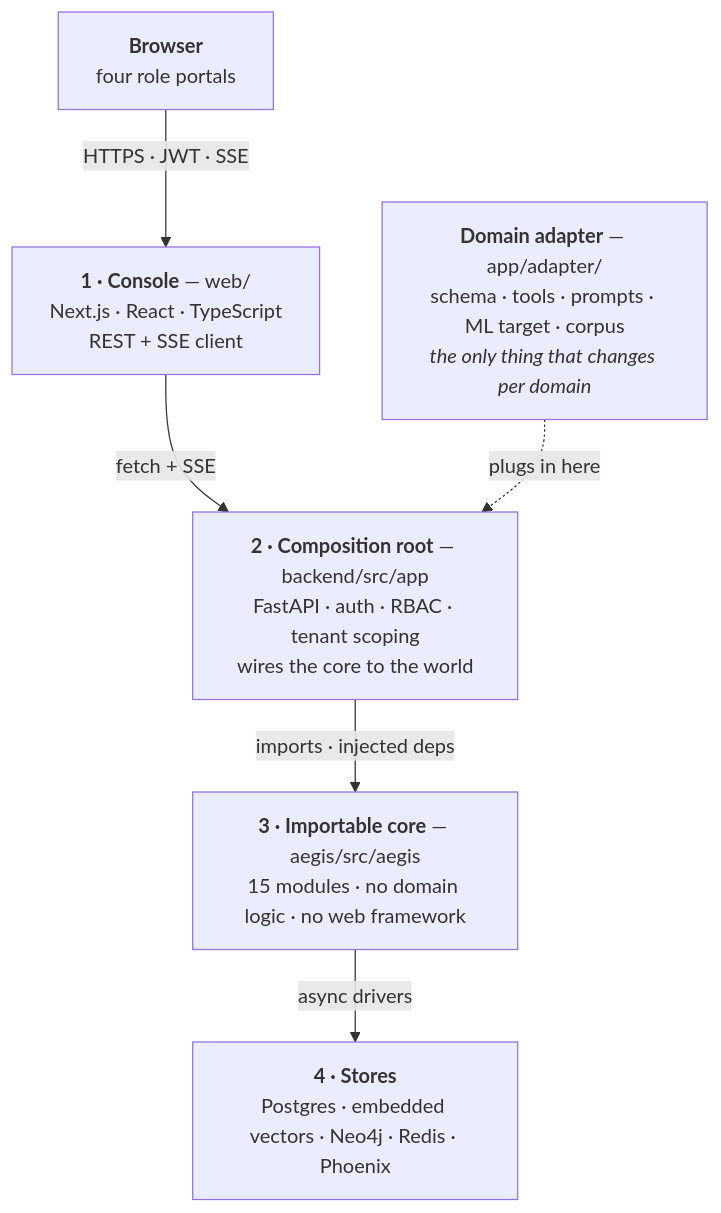
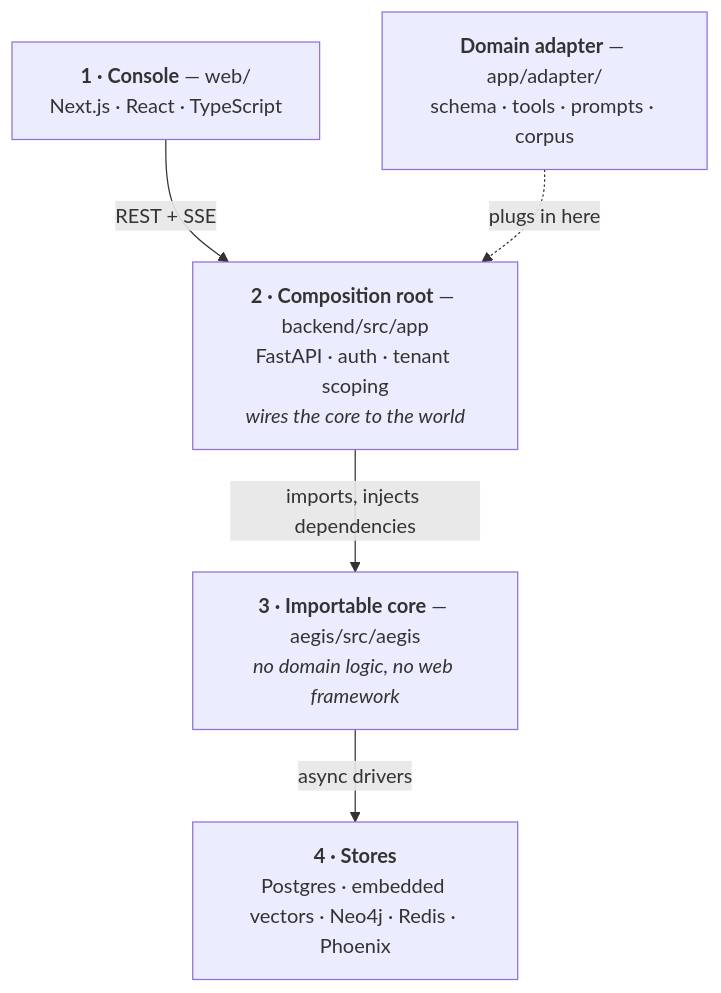
Before and after one commit to yrevash/aegis: the first of 5 diagrams in docs/teaching/00-foundations/40-diagrams.md, drawn with Mermaid. The commit also changed other lines of this file and 111 other files, not shown here.

````diff
--- a/docs/teaching/00-foundations/40-diagrams.md
+++ b/docs/teaching/00-foundations/40-diagrams.md
@@ -14,15 +16,13 @@
 ```mermaid
 flowchart TB
-    B["<b>Browser</b><br/>four role portals"]
-    L1["<b>1 · Console</b> — web/<br/>Next.js · React · TypeScript<br/>REST + SSE client"]
-    L2["<b>2 · Composition root</b> — backend/src/app<br/>FastAPI · auth · RBAC · tenant scoping<br/>wires the core to the world"]
-    L3["<b>3 · Importable core</b> — aegis/src/aegis<br/>15 modules · no domain logic · no web framework"]
+    L1["<b>1 · Console</b> — web/<br/>Next.js · React · TypeScript"]
+    L2["<b>2 · Composition root</b> — backend/src/app<br/>FastAPI · auth · tenant scoping<br/><i>wires the core to the world</i>"]
+    L3["<b>3 · Importable core</b> — aegis/src/aegis<br/><i>no domain logic, no web framework</i>"]
     L4["<b>4 · Stores</b><br/>Postgres · embedded vectors · Neo4j · Redis · Phoenix"]
-    AD["<b>Domain adapter</b> — app/adapter/<br/>schema · tools · prompts · ML target · corpus<br/><i>the only thing that changes per domain</i>"]
+    AD["<b>Domain adapter</b> — app/adapter/<br/>schema · tools · prompts · corpus"]
 
-    B -->|"HTTPS · JWT · SSE"| L1
-    L1 -->|"fetch + SSE"| L2
-    L2 -->|"imports · injected deps"| L3
+    L1 -->|"REST + SSE"| L2
+    L2 -->|"imports, injects dependencies"| L3
     L3 -->|"async drivers"| L4
     AD -.->|"plugs in here"| L2
 ```
````
